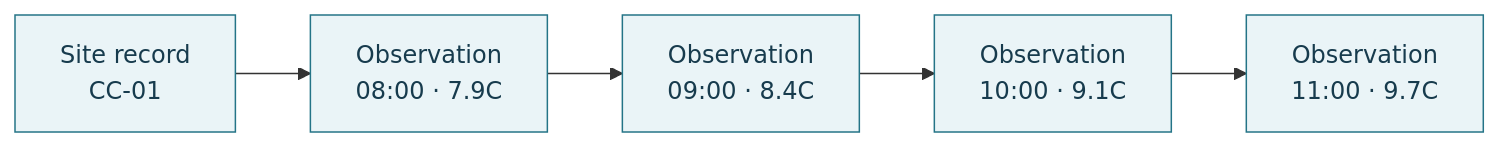
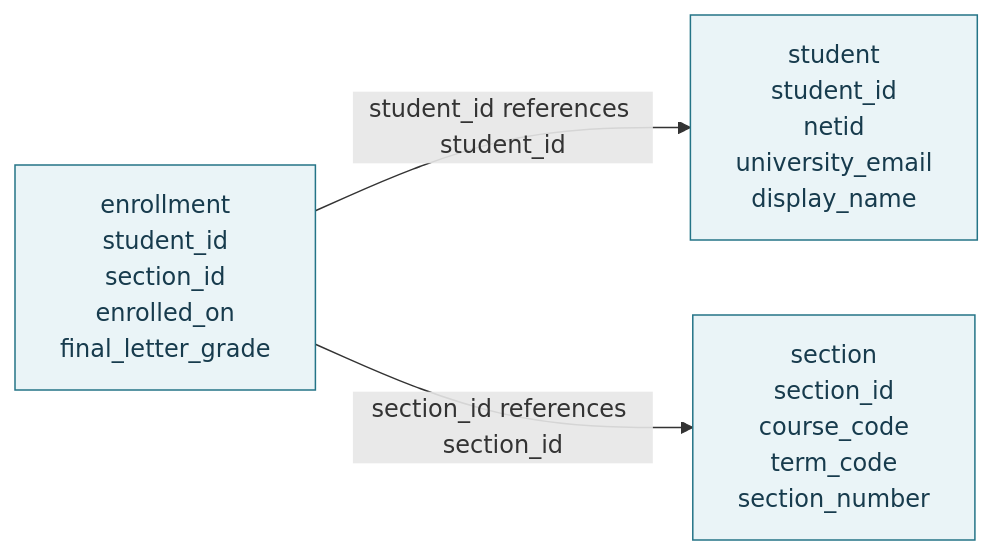
Before and after one commit to JacobDowns/CSCI340: the first of 2 diagrams in lectures/week-02-from-tables-to-relations.qmd, drawn with Mermaid. The commit also changed other lines of this file, not shown here.

````diff
--- a/lectures/week-02-from-tables-to-relations.qmd
+++ b/lectures/week-02-from-tables-to-relations.qmd
@@ -223,10 +193,12 @@
 ```{mermaid}
 flowchart LR
-    S["Site record<br/>CC-01"] --> O1["Observation<br/>08:00 · 7.9C"]
-    O1 --> O2["Observation<br/>09:00 · 8.4C"]
-    O2 --> O3["Observation<br/>10:00 · 9.1C"]
-    O3 --> O4["Observation<br/>11:00 · 9.7C"]
+    E["enrollment<br/>student_id<br/>section_id<br/>enrolled_on<br/>final_letter_grade"]
+    S["student<br/>student_id<br/>netid<br/>university_email<br/>display_name"]
+    C["section<br/>section_id<br/>course_code<br/>term_code<br/>section_number"]
 
-    classDef record fill:#eaf4f7,stroke:#247487,color:#173b4d;
-    class S,O1,O2,O3,O4 record;
+    E -->|"student_id references student_id"| S
+    E -->|"section_id references section_id"| C
+
+    classDef relation fill:#eaf4f7,stroke:#247487,color:#173b4d;
+    class E,S,C relation;
 ```
````
